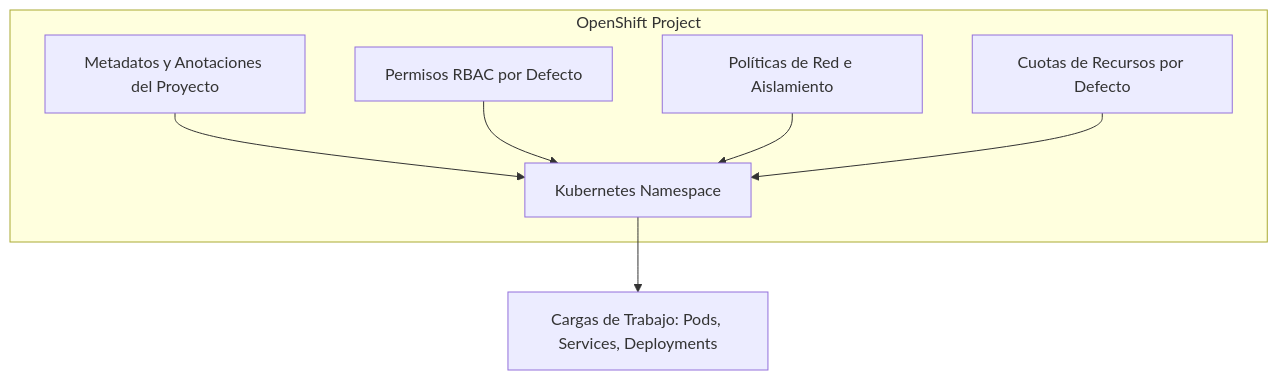
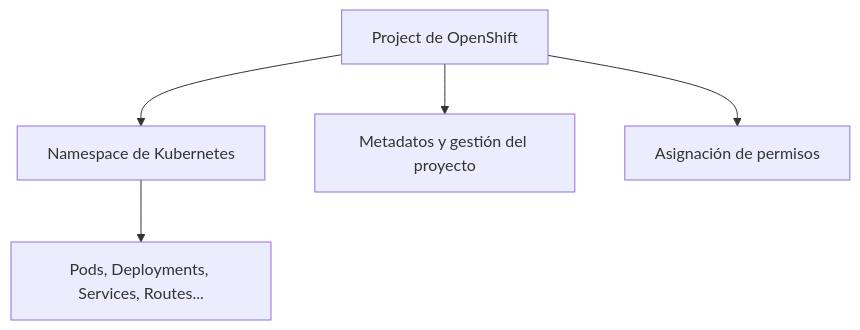
One commit to ieftraining/curso-openshift changed the first of 7 diagrams in docs/sesion4/4.1 Proyectos y permisos.md. Above: the diagram before and after it, drawn with Mermaid. The commit also changed other lines of this file, not shown here.

````diff
--- a/docs/sesion4/4.1 Proyectos y permisos.md
+++ b/docs/sesion4/4.1 Proyectos y permisos.md
@@ -24,10 +32,7 @@
 ```mermaid
 flowchart TD
-    subgraph OpenShift Project
-        A[Metadatos y Anotaciones del Proyecto] --> B[Kubernetes Namespace]
-        C[Permisos RBAC por Defecto] --> B
-        D[Políticas de Red e Aislamiento] --> B
-        E[Cuotas de Recursos por Defecto] --> B
-    end
-    B --> F[Cargas de Trabajo: Pods, Services, Deployments]
+    P[Project de OpenShift] --> N[Namespace de Kubernetes]
+    N --> R[Pods, Deployments, Services, Routes...]
+    P --> M[Metadatos y gestión del proyecto]
+    P --> A[Asignación de permisos]
 ```
````
